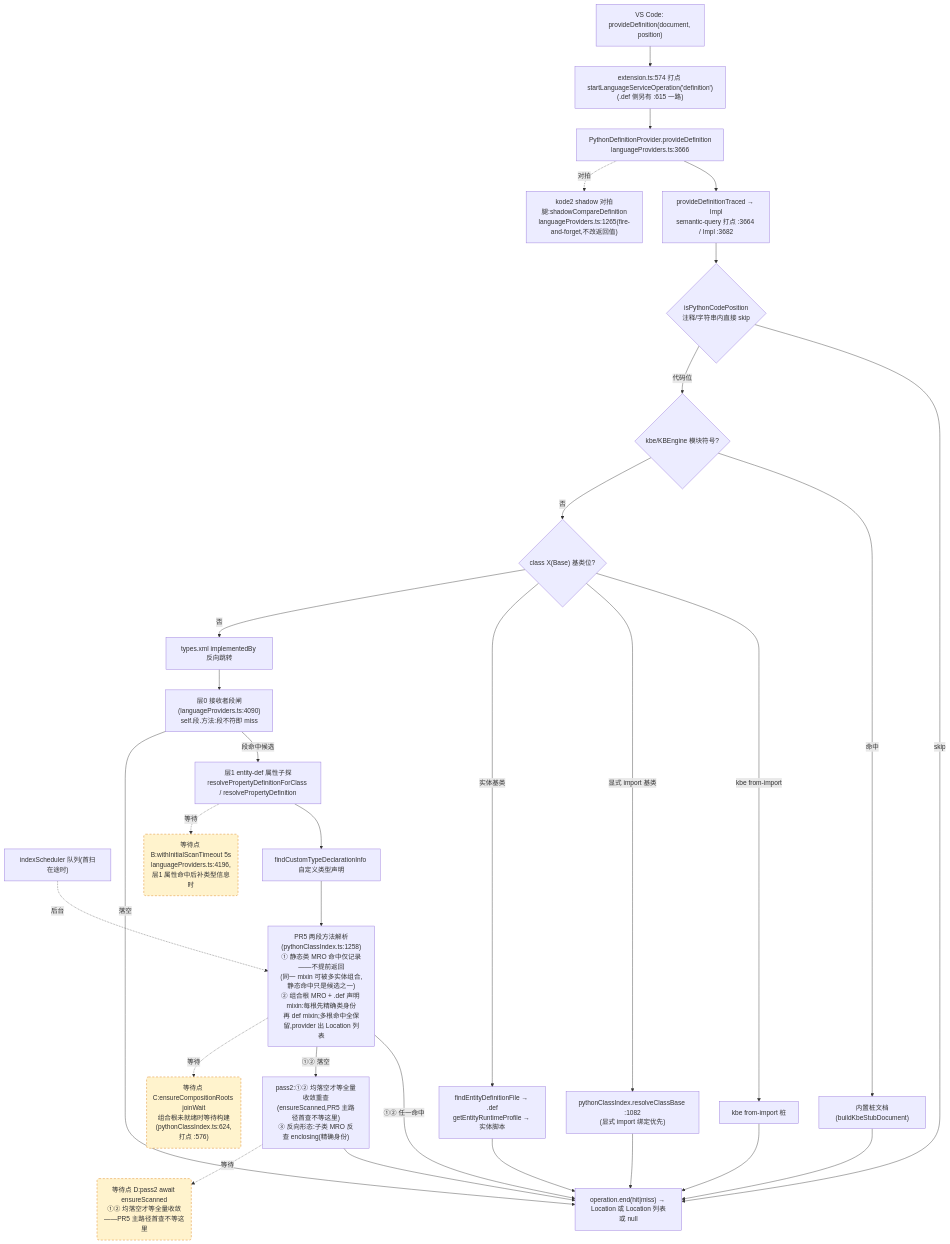
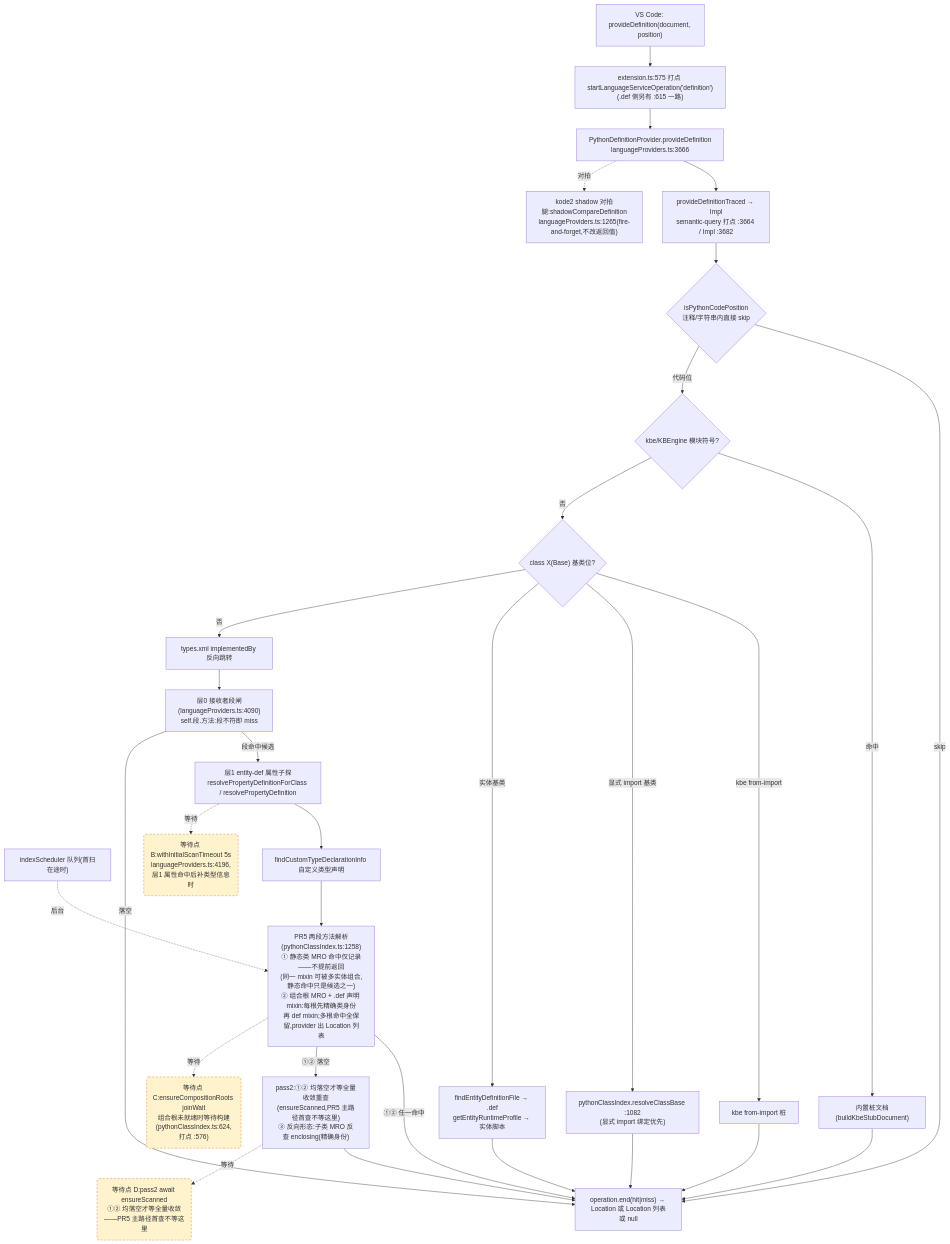
The second of 4 diagrams in docs/perf/2026-baseline.md (cuihairu/kode), drawn with Mermaid before and after one commit. The commit also changed other lines of this file and 4 other files, not shown here.

Commit message:
feat: warm schema snapshots in background tasks

````diff
--- a/docs/perf/2026-baseline.md
+++ b/docs/perf/2026-baseline.md
@@ -130,51 +130,51 @@
 ```mermaid
 flowchart TD
   VC2["VS Code: provideDefinition(document, position)"]
-  M2["extension.ts:574 打点 startLanguageServiceOperation('definition')<br/>(.def 侧另有 :615 一路)"]
+  M2["extension.ts:575 打点 startLanguageServiceOperation('definition')<br/>(.def 侧另有 :615 一路)"]
   AD2["PythonDefinitionProvider.provideDefinition<br/>languageProviders.ts:3666"]
   TR["provideDefinitionTraced → Impl<br/>semantic-query 打点 :3664 / Impl :3682"]
   CTX{"isPythonCodePosition<br/>注释/字符串内直接 skip"}
   KBE{"kbe/KBEngine 模块符号?"}
   STUB["内置桩文档(buildKbeStubDocument)"]
   CB{"class X(Base) 基类位?"}
   CB1["kbe from-import 桩"]
   CB2["pythonClassIndex.resolveClassBase :1082<br/>(显式 import 绑定优先)"]
   CB3["findEntityDefinitionFile → .def<br/>getEntityRuntimeProfile → 实体脚本"]
   REV["types.xml implementedBy 反向跳转"]
   L0["层0 接收者段闸(languageProviders.ts:4090)<br/>self.段.方法:段不符即 miss"]
   L1["层1 entity-def 属性子探<br/>resolvePropertyDefinitionForClass / resolvePropertyDefinition"]
   SCAN["indexScheduler 队列(首扫在途时)"]
   TY["findCustomTypeDeclarationInfo 自定义类型声明"]
   MRO["PR5 两段方法解析(pythonClassIndex.ts:1258)<br/>① 静态类 MRO 命中仅记录——不提前返回<br/>(同一 mixin 可被多实体组合,静态命中只是候选之一)<br/>② 组合根 MRO + .def 声明 mixin:每根先精确类身份<br/>再 def mixin;多根命中全保留,provider 出 Location 列表"]
   PASS2["pass2:①② 均落空才等全量收敛重查<br/>(ensureScanned,PR5 主路径首查不等这里)<br/>③ 反向形态:子类 MRO 反查 enclosing(精确身份)"]
   SHD["kode2 shadow 对拍腿:shadowCompareDefinition<br/>languageProviders.ts:1265(fire-and-forget,不改返回值)"]
   END2["operation.end(hit|miss) → Location 或 Location 列表或 null"]
 
   VC2 --> M2 --> AD2 --> TR --> CTX
   CTX -- "skip" --> END2
   CTX -- "代码位" --> KBE
   KBE -- "命中" --> STUB --> END2
   KBE -- "否" --> CB
   CB -- "kbe from-import" --> CB1 --> END2
   CB -- "显式 import 基类" --> CB2 --> END2
   CB -- "实体基类" --> CB3 --> END2
   CB -- "否" --> REV --> L0
   L0 -- "段命中候选" --> L1
   L0 -- "落空" --> END2
   L1 --> TY
   TY --> MRO
   MRO -- "①② 任一命中" --> END2
   MRO -- "①② 落空" --> PASS2 --> END2
   AD2 -.->|对拍| SHD
 
   WAITB("等待点 B:withInitialScanTimeout 5s<br/>languageProviders.ts:4196,层1 属性命中后补类型信息时")
   WAITC("等待点 C:ensureCompositionRoots joinWait<br/>组合根未就绪时等待构建(pythonClassIndex.ts:624,打点 :576)")
   WAITD("等待点 D:pass2 await ensureScanned<br/>①② 均落空才等全量收敛——PR5 主路径首查不等这里")
   L1 -.->|等待| WAITB
   MRO -.->|等待| WAITC
   PASS2 -.->|等待| WAITD
   SCAN -.->|后台| MRO
 
   classDef waitPoint fill:#fff3cd,stroke:#d97706,stroke-dasharray:5 4;
   class WAITB,WAITC,WAITD waitPoint;
 ```
````
